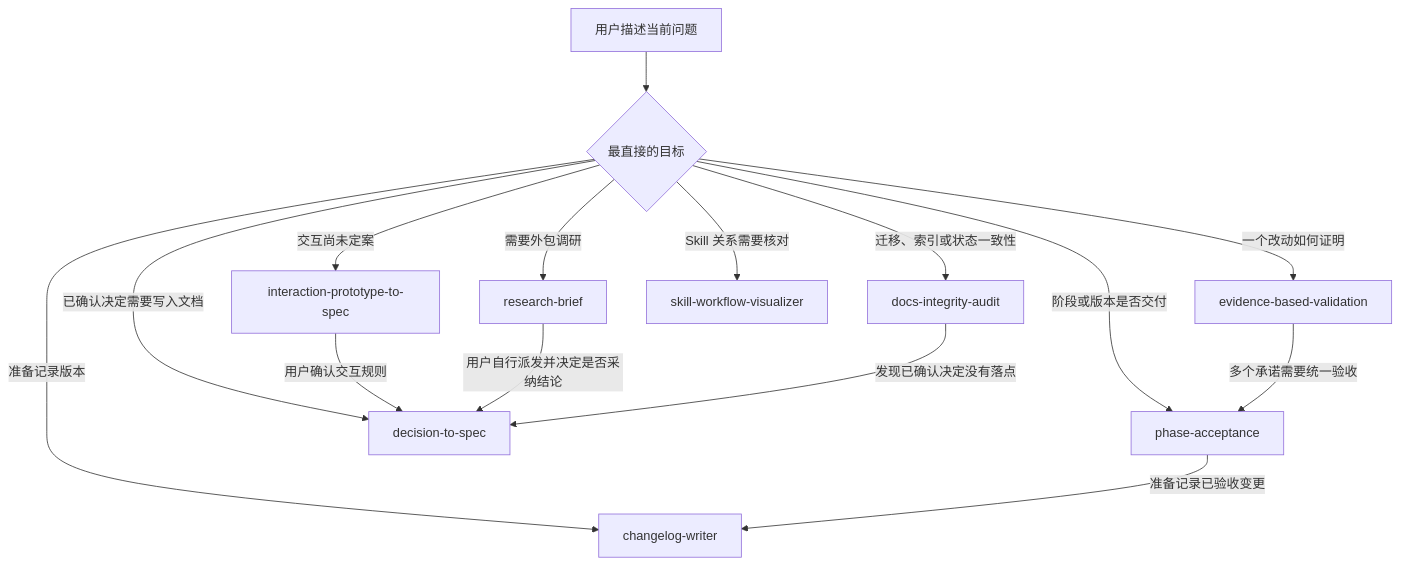
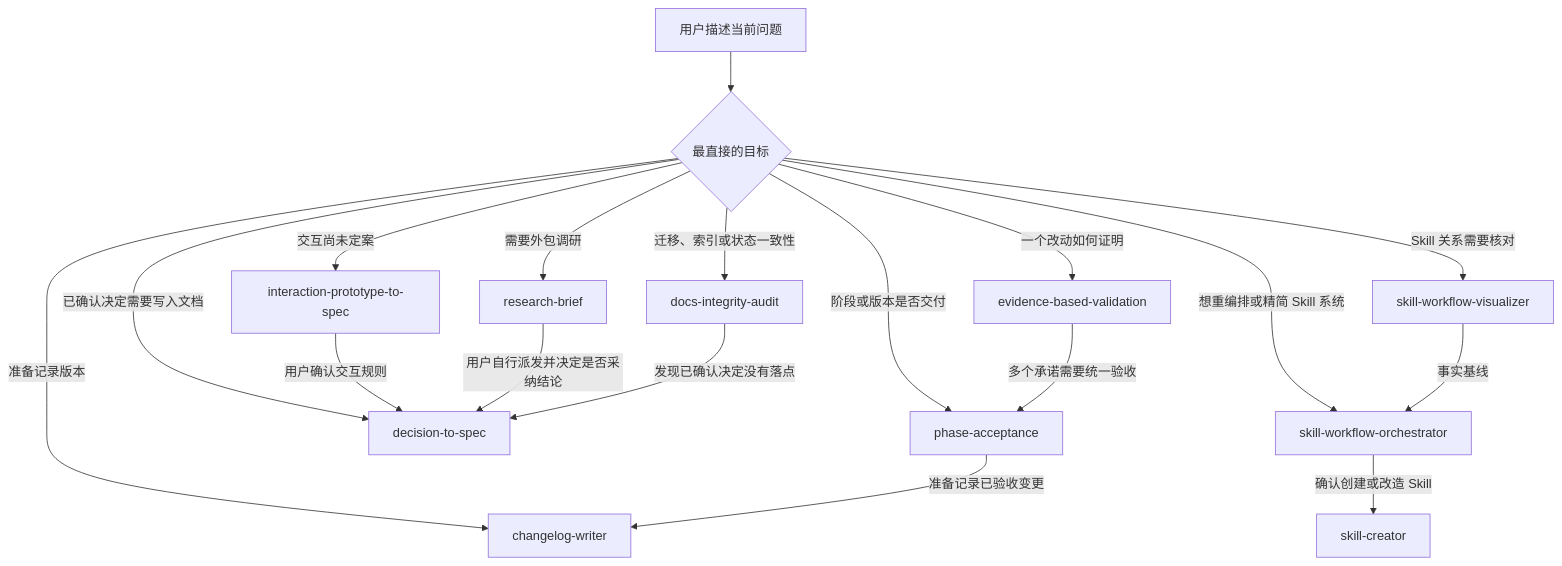
The first of 4 diagrams in docs/workflows.md (Morus-Fauston/Mo.s-skill), drawn with Mermaid before and after one commit. The commit also changed other lines of this file and 16 other files, not shown here.

````diff
--- a/docs/workflows.md
+++ b/docs/workflows.md
@@ -7,18 +7,21 @@
 ```mermaid
 flowchart TD
     Start[用户描述当前问题] --> Choose{最直接的目标}
     Choose -->|阶段或版本是否交付| Acceptance[phase-acceptance]
     Choose -->|一个改动如何证明| Validation[evidence-based-validation]
     Choose -->|已确认决定需要写入文档| Spec[decision-to-spec]
     Choose -->|迁移、索引或状态一致性| Audit[docs-integrity-audit]
     Choose -->|交互尚未定案| Prototype[interaction-prototype-to-spec]
     Choose -->|需要外包调研| Brief[research-brief]
     Choose -->|准备记录版本| Changelog[changelog-writer]
     Choose -->|Skill 关系需要核对| Visualizer[skill-workflow-visualizer]
+    Choose -->|想重编排或精简 Skill 系统| Orchestrator[skill-workflow-orchestrator]
 
     Prototype -->|用户确认交互规则| Spec
     Brief -->|用户自行派发并决定是否采纳结论| Spec
     Audit -->|发现已确认决定没有落点| Spec
     Validation -->|多个承诺需要统一验收| Acceptance
     Acceptance -->|准备记录已验收变更| Changelog
+    Visualizer -->|事实基线| Orchestrator
+    Orchestrator -->|确认创建或改造 Skill| Creator[skill-creator]
 ```
````
